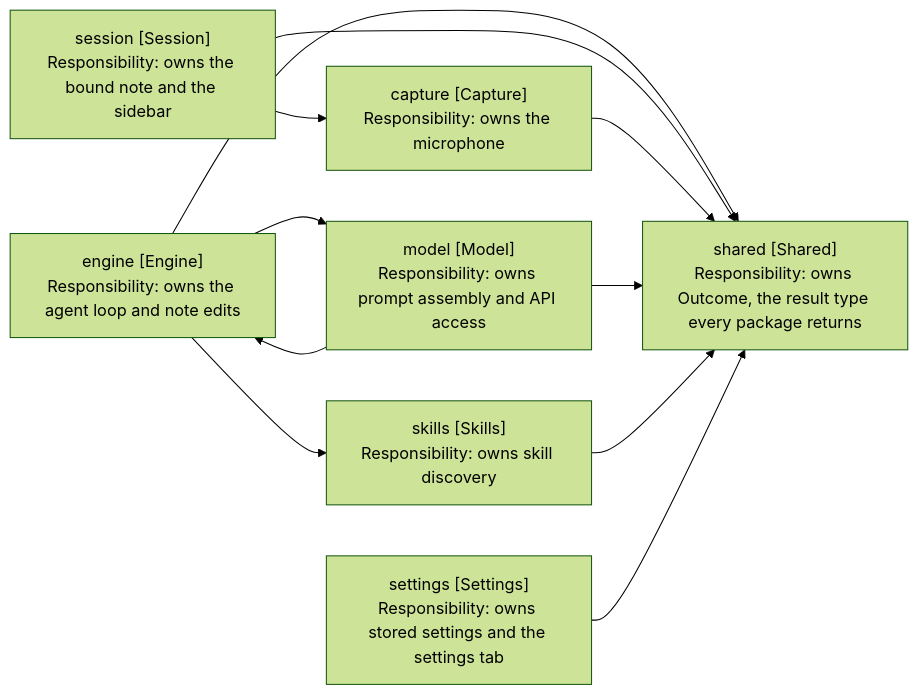
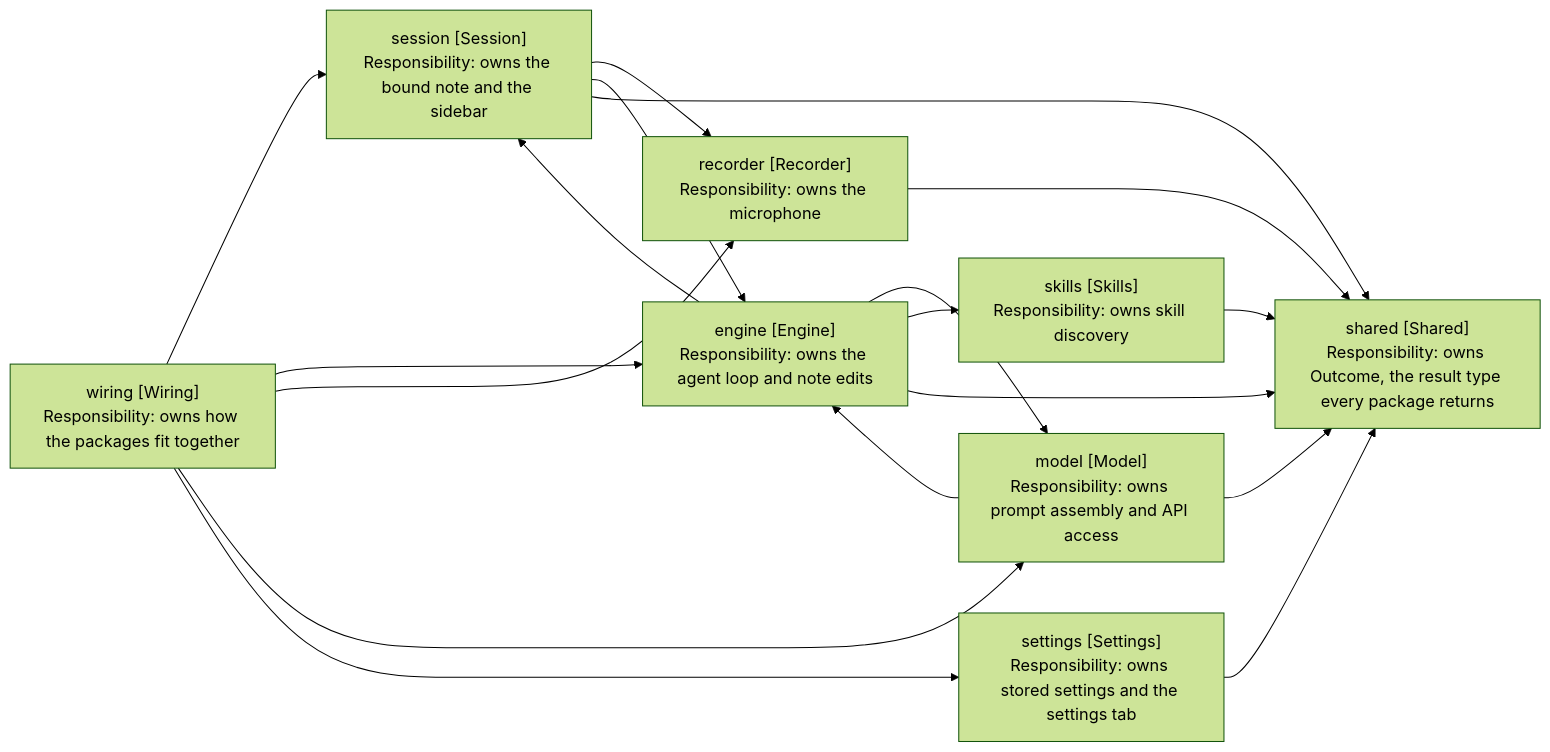
Before and after one commit to iparips/obsidian-owl: the diagram in docs/architecture/7-package-design.md, drawn with Mermaid (forest theme). The commit also changed other lines of this file and 1 other file, not shown here.

First line of the commit message:
Record wiring in the architecture docs, and correct two claims

````diff
--- a/docs/architecture/7-package-design.md
+++ b/docs/architecture/7-package-design.md
@@ -48,21 +61,29 @@
 ```mermaid
 flowchart LR
+    Wiring["wiring [Wiring]<br/>Responsibility: owns how the packages fit together"]
     Session["session [Session]<br/>Responsibility: owns the bound note and the sidebar"]
     Engine["engine [Engine]<br/>Responsibility: owns the agent loop and note edits"]
-    Capture["capture [Capture]<br/>Responsibility: owns the microphone"]
+    Recorder["recorder [Recorder]<br/>Responsibility: owns the microphone"]
     Model["model [Model]<br/>Responsibility: owns prompt assembly and API access"]
     Skills["skills [Skills]<br/>Responsibility: owns skill discovery"]
     Settings["settings [Settings]<br/>Responsibility: owns stored settings and the settings tab"]
     Shared["shared [Shared]<br/>Responsibility: owns Outcome, the result type every package returns"]
 
-    Session --> Capture
+    Wiring --> Session
+    Wiring --> Engine
+    Wiring --> Recorder
+    Wiring --> Model
+    Wiring --> Settings
+    Session --> Recorder
+    Session --> Engine
+    Engine --> Session
     Engine --> Model
     Model --> Engine
     Engine --> Skills
     Engine --> Shared
     Session --> Shared
-    Capture --> Shared
+    Recorder --> Shared
     Model --> Shared
     Skills --> Shared
     Settings --> Shared
 ```
````
